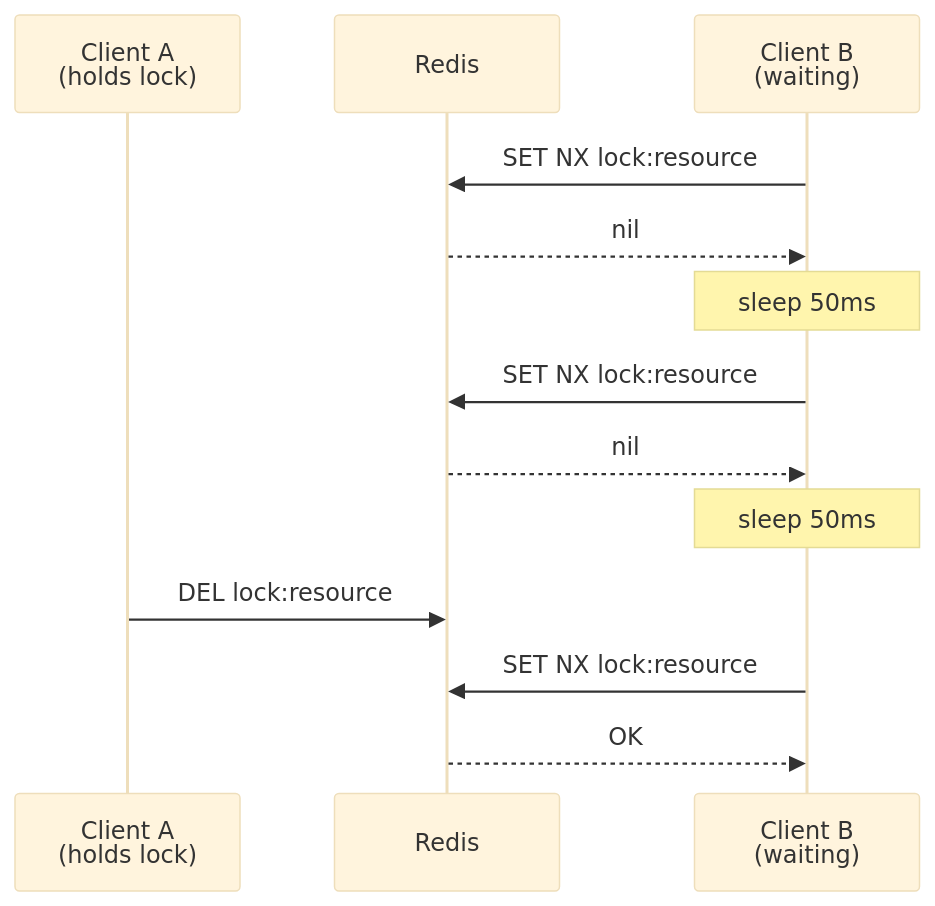
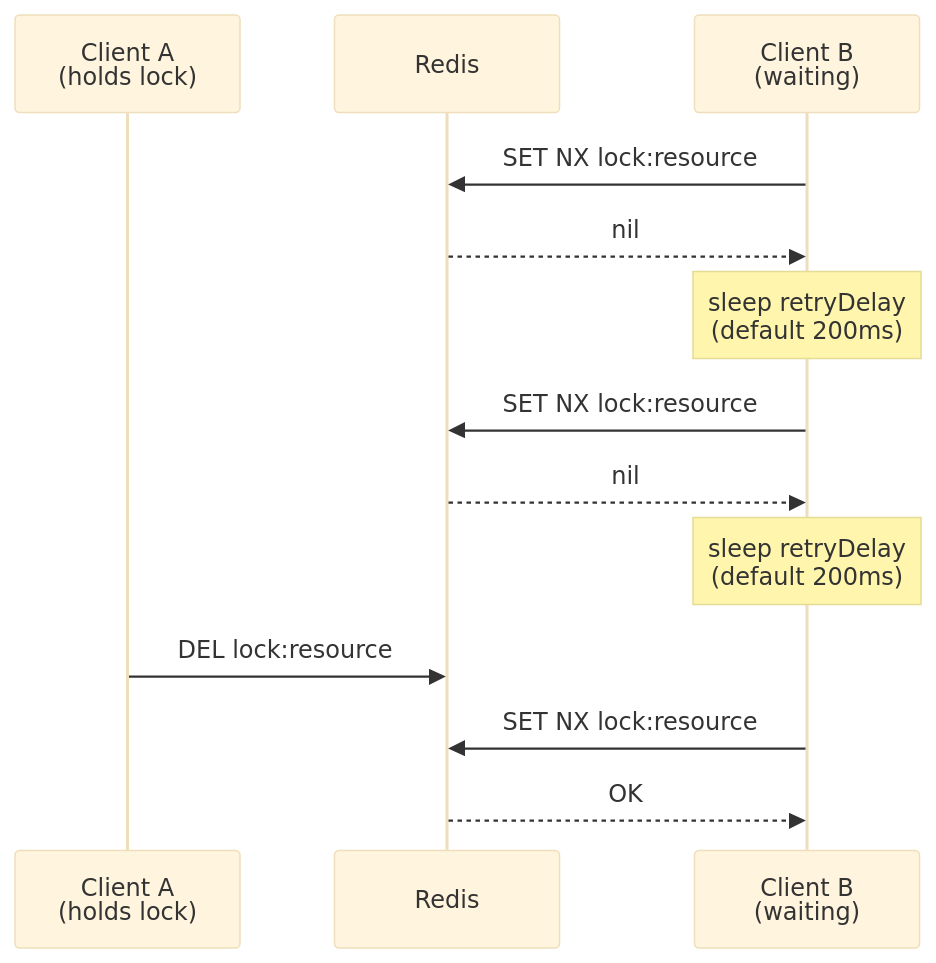
One commit to tishun/redlock4j changed the second of 8 diagrams in docs/guide/architecture.md. Above: the diagram before and after it, drawn with Mermaid (base theme). The commit also changed other lines of this file and 91 other files, not shown here.

````diff
--- a/docs/guide/architecture.md
+++ b/docs/guide/architecture.md
@@ -52,16 +52,16 @@
 ```mermaid
 sequenceDiagram
     participant A as Client A<br/>(holds lock)
     participant R as Redis
     participant B as Client B<br/>(waiting)
 
     B->>R: SET NX lock:resource
     R-->>B: nil
-    Note over B: sleep 50ms
+    Note over B: sleep retryDelay<br/>(default 200ms)
     B->>R: SET NX lock:resource
     R-->>B: nil
-    Note over B: sleep 50ms
+    Note over B: sleep retryDelay<br/>(default 200ms)
     A->>R: DEL lock:resource
     B->>R: SET NX lock:resource
     R-->>B: OK
 ```
````
